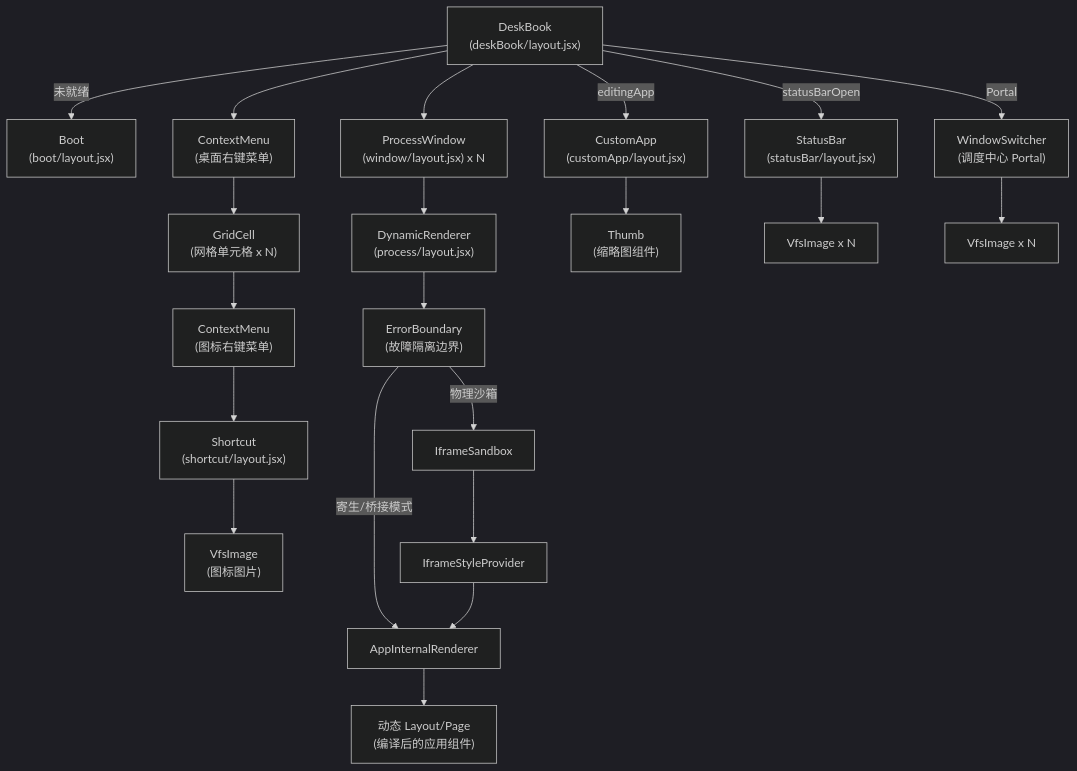
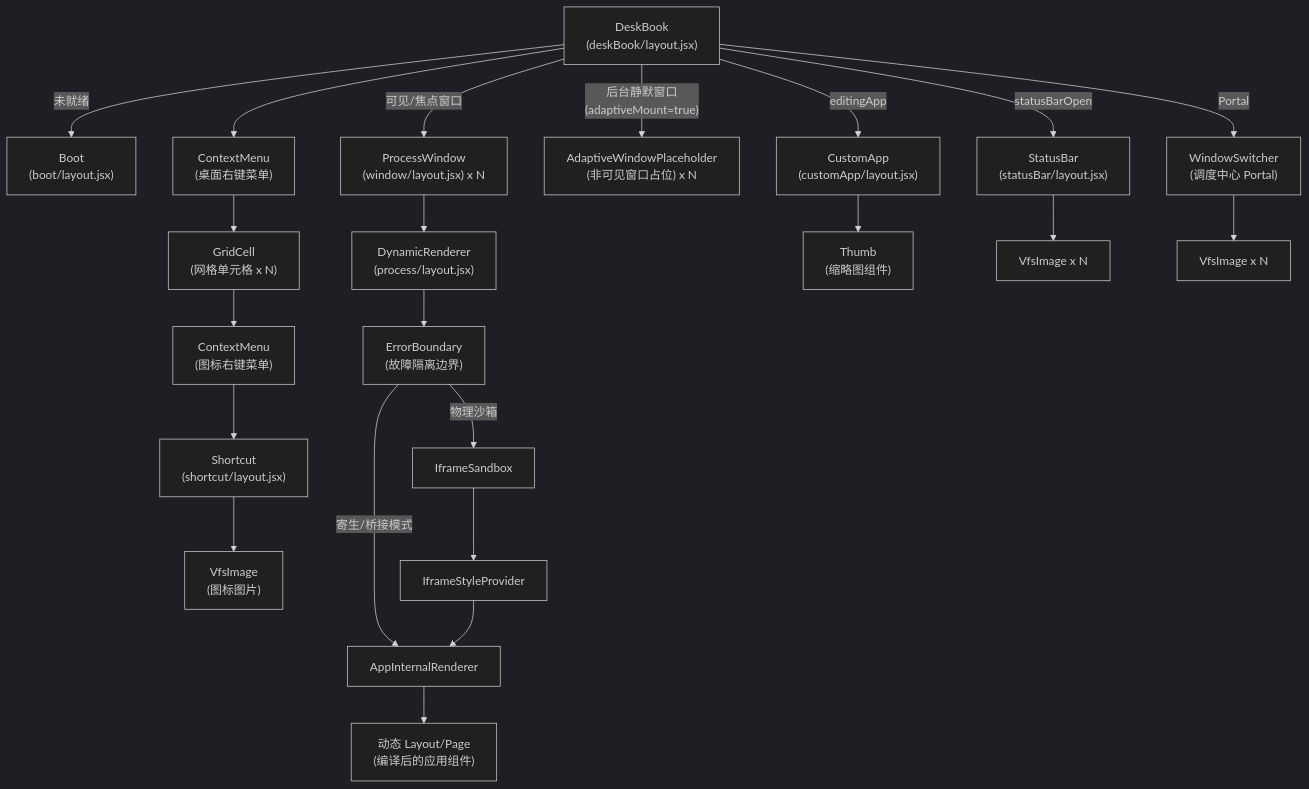
The first of 2 diagrams in docs/module/02-deskbook.md (suluwanqing/sukinOS), drawn with Mermaid (dark theme) before and after one commit. The commit also changed other lines of this file and 31 other files, not shown here.

````diff
--- a/docs/module/02-deskbook.md
+++ b/docs/module/02-deskbook.md
@@ -40,38 +41,42 @@
 ```mermaid
 graph TD
     DeskBook["DeskBook<br/>(deskBook/layout.jsx)"]
     Boot["Boot<br/>(boot/layout.jsx)"]
     CM_Desktop["ContextMenu<br/>(桌面右键菜单)"]
     GridCell["GridCell<br/>(网格单元格 x N)"]
     CM_Shortcut["ContextMenu<br/>(图标右键菜单)"]
     Shortcut["Shortcut<br/>(shortcut/layout.jsx)"]
     VfsImage_S["VfsImage<br/>(图标图片)"]
     ProcessWindow["ProcessWindow<br/>(window/layout.jsx) x N"]
+    AdaptivePH["AdaptiveWindowPlaceholder<br/>(非可见窗口占位) x N"]
     CustomApp["CustomApp<br/>(customApp/layout.jsx)"]
     Switcher["WindowSwitcher<br/>(调度中心 Portal)"]
     StatusBar["StatusBar<br/>(statusBar/layout.jsx)"]
 
     DeskBook -->|"未就绪"| Boot
     DeskBook --> CM_Desktop
     CM_Desktop --> GridCell
     GridCell --> CM_Shortcut
     CM_Shortcut --> Shortcut
     Shortcut --> VfsImage_S
-    DeskBook --> ProcessWindow
+
+    DeskBook -->|"可见/焦点窗口"| ProcessWindow
+    DeskBook -->|"后台静默窗口<br/>(adaptiveMount=true)"| AdaptivePH
+
     DeskBook -->|"editingApp"| CustomApp
     DeskBook -->|"Portal"| Switcher
     DeskBook -->|"statusBarOpen"| StatusBar
 
     ProcessWindow --> DynamicRenderer["DynamicRenderer<br/>(process/layout.jsx)"]
     DynamicRenderer --> ErrorBoundary["ErrorBoundary<br/>(故障隔离边界)"]
     ErrorBoundary -->|"寄生/桥接模式"| AppRenderer["AppInternalRenderer"]
     ErrorBoundary -->|"物理沙箱"| IframeSandbox["IframeSandbox"]
     IframeSandbox --> IframeStyleProvider["IframeStyleProvider"]
     IframeStyleProvider --> AppRenderer
     AppRenderer --> LayoutComponent["动态 Layout/Page<br/>(编译后的应用组件)"]
 
     CustomApp --> Thumb["Thumb<br/>(缩略图组件)"]
 
     StatusBar --> VfsImage_SB["VfsImage x N"]
     Switcher --> VfsImage_SW["VfsImage x N"]
 ```
````
